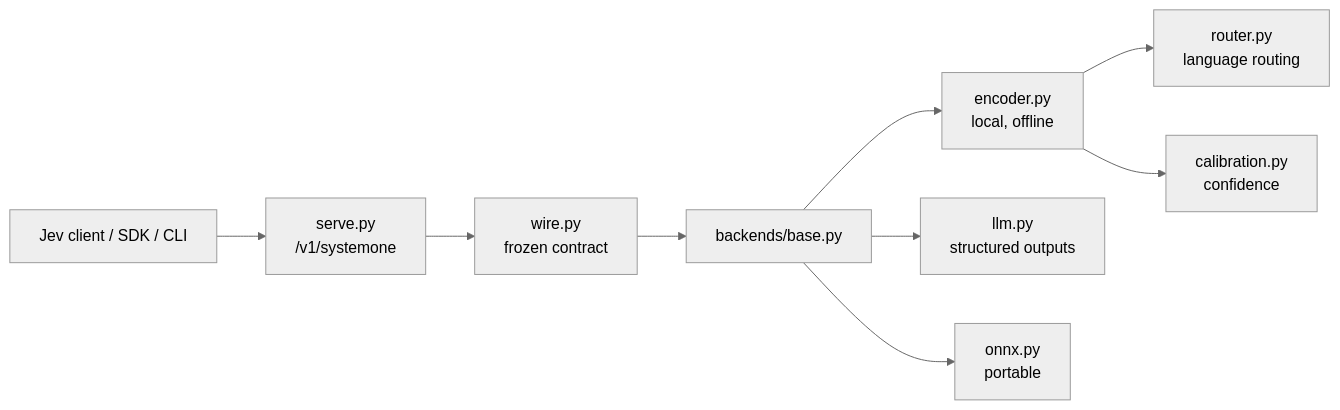
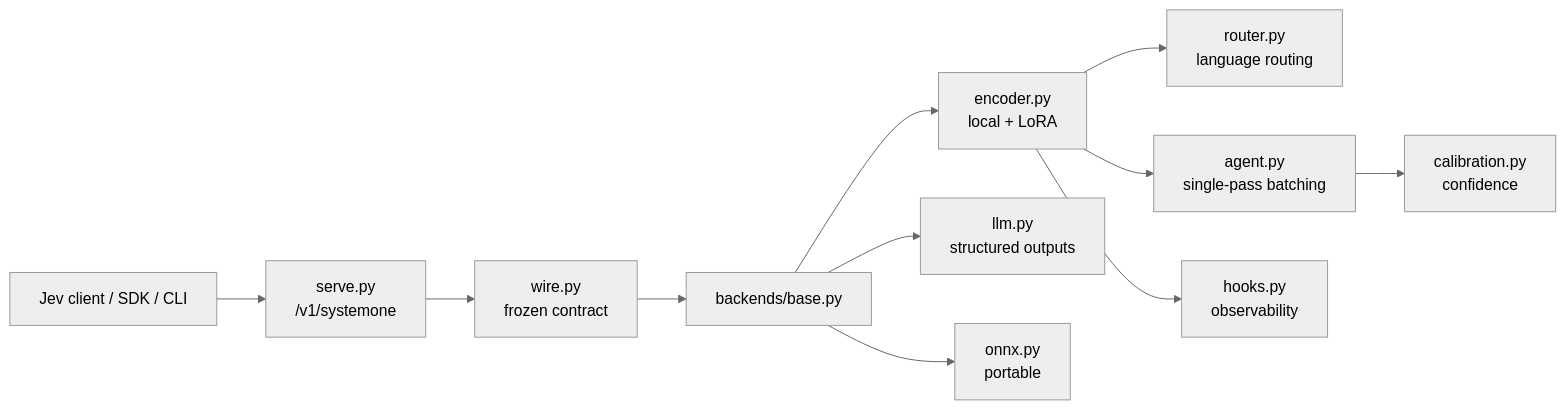
Before and after one commit to munod/tachyone: the diagram in README.md, drawn with Mermaid (neutral theme). The commit also changed other lines of this file, not shown here.

````diff
--- a/README.md
+++ b/README.md
@@ -84,11 +102,13 @@
 ```mermaid
 graph LR
     C["Jev client / SDK / CLI"] --> S["serve.py<br/>/v1/systemone"]
     S --> W["wire.py<br/>frozen contract"]
     W --> B["backends/base.py"]
-    B --> E["encoder.py<br/>local, offline"]
+    B --> E["encoder.py<br/>local + LoRA"]
     B --> L["llm.py<br/>structured outputs"]
     B --> O["onnx.py<br/>portable"]
     E --> R["router.py<br/>language routing"]
-    E --> K["calibration.py<br/>confidence"]
+    E --> A["agent.py<br/>single-pass batching"]
+    E --> H["hooks.py<br/>observability"]
+    A --> K["calibration.py<br/>confidence"]
 ```
````
